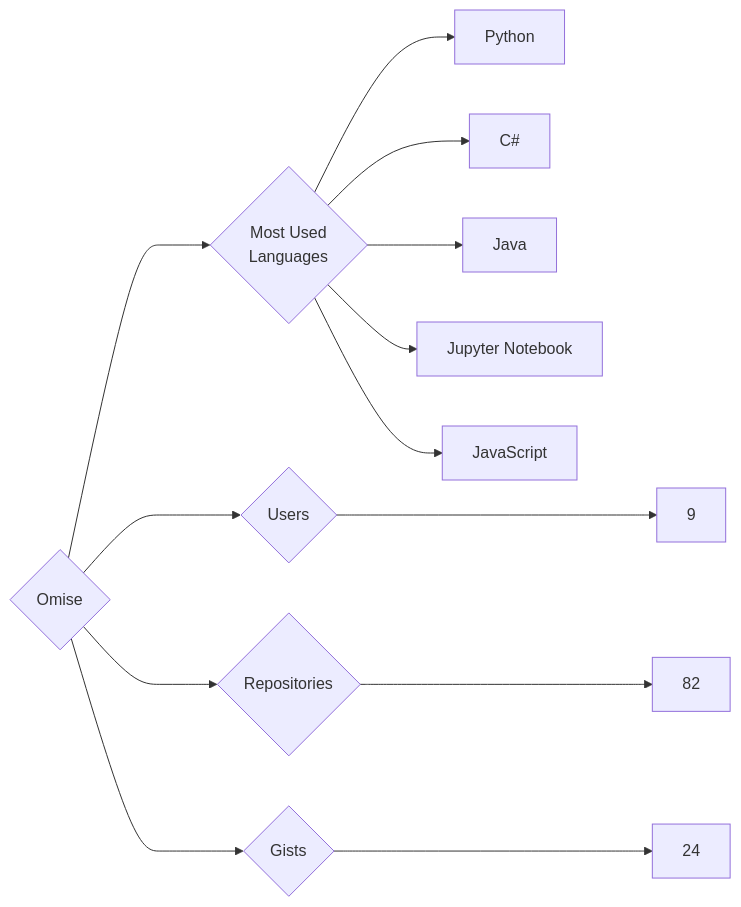
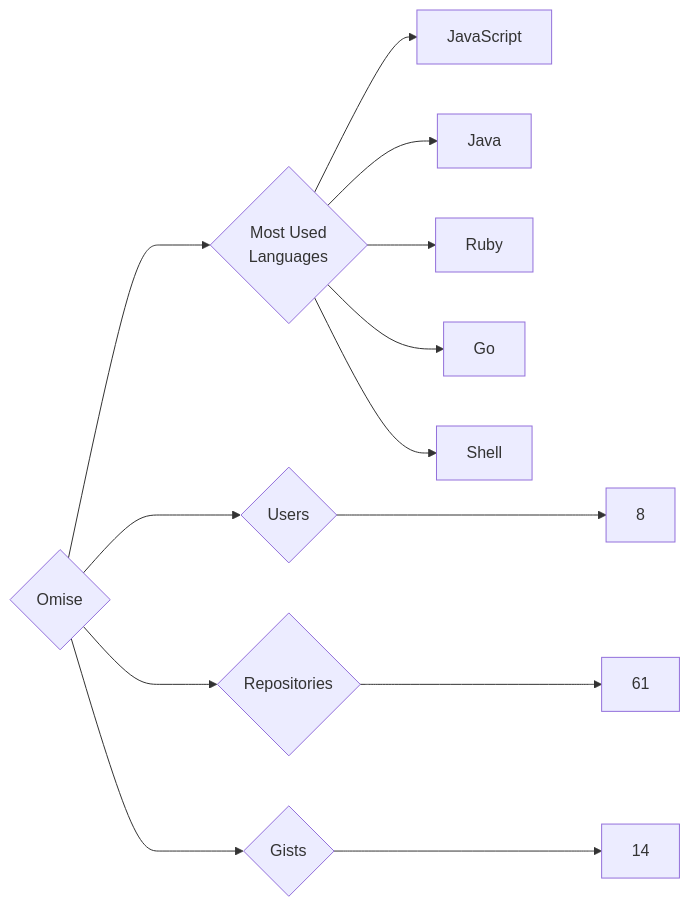
The diagram in targets/Omise/README.md (trickest/insiders), drawn with Mermaid before and after one commit. The commit also changed 814 other files, not shown here.

````diff
--- a/targets/Omise/README.md
+++ b/targets/Omise/README.md
@@ -3,13 +3,13 @@
 ```mermaid
 graph LR
 COMPANY_NAME{Omise}
-COMPANY_NAME ---> U{Users} ---> UN[9]
-COMPANY_NAME ---> R{Repositories} ---> RN[82]
-COMPANY_NAME ---> G{Gists} ---> GN[24]
+COMPANY_NAME ---> U{Users} ---> UN[8]
+COMPANY_NAME ---> R{Repositories} ---> RN[61]
+COMPANY_NAME ---> G{Gists} ---> GN[14]
 COMPANY_NAME ---> ML{Most Used<br>Languages}
-ML --> Python[Python]
-ML --> C#[C#]
+ML --> JavaScript[JavaScript]
 ML --> Java[Java]
-ML --> Jupyter_Notebook[Jupyter Notebook]
-ML --> JavaScript[JavaScript]
+ML --> Ruby[Ruby]
+ML --> Go[Go]
+ML --> Shell[Shell]
 ```
````
